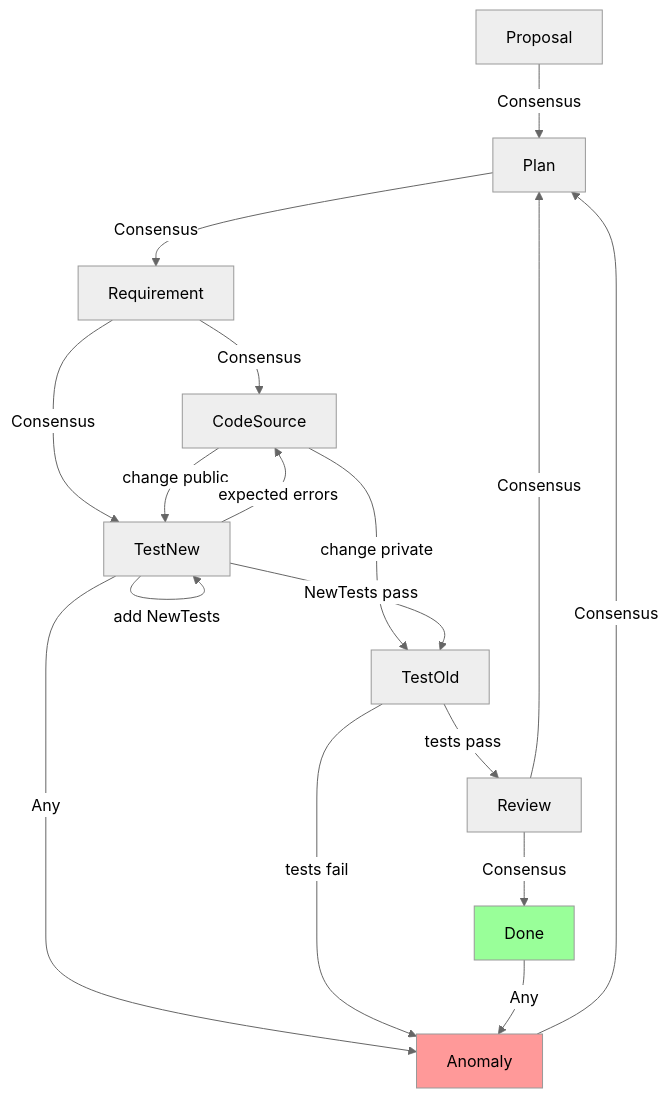
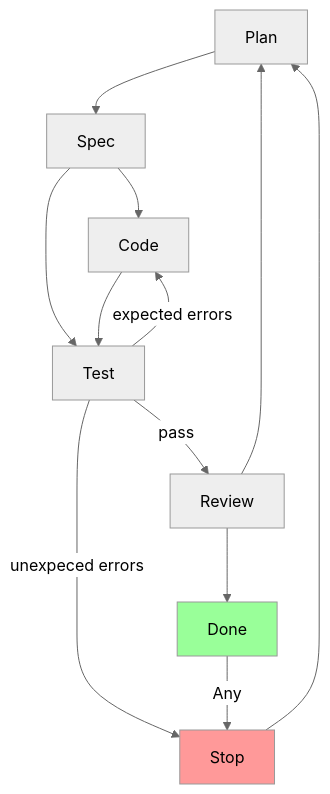
Before and after one commit to sc-voice/nx-scv: the diagram in pkg/nameforma/doc/coding-process.md, drawn with Mermaid (neutral theme). The commit also changed other lines of this file and 6 other files, not shown here.

````diff
--- a/pkg/nameforma/doc/coding-process.md
+++ b/pkg/nameforma/doc/coding-process.md
@@ -15,30 +15,23 @@
 ```mermaid
 graph TD
-    Proposal -->|Consensus| Plan
+    Plan --> Spec
 
-    Plan -->|Consensus| Requirement
+    Spec --> Code
+    Spec --> Test
+    
+    Code --> Test
+    
+    Test -->|pass| Review
+    Test -->|expected errors| Code
+    Test -->|unexpeced errors| Stop
+    
+    Stop -->Plan
+    
+    Review --> Done
+    Review --> Plan
 
-    Requirement -->|Consensus| CodeSource
-    Requirement -->|Consensus| TestNew
+    Done --> |Any| Stop
     
-    CodeSource -->|change public| TestNew
-    CodeSource -->|change private| TestOld
-    
-    TestNew -->|add NewTests| TestNew
-    TestNew -->|NewTests pass| TestOld
-    TestNew -->|expected errors| CodeSource
-    TestNew -->|Any| Anomaly
-    
-    TestOld -->|tests pass| Review
-    TestOld -->|tests fail| Anomaly
-    
-    Anomaly -->|Consensus| Plan
-    
-    Review -->|Consensus| Done
-    Review -->|Consensus| Plan
-
-    Done --> |Any| Anomaly
-    
-    style Anomaly fill:#ff9999
+    style Stop fill:#ff9999
     style Done fill:#99ff99
 ```
````
